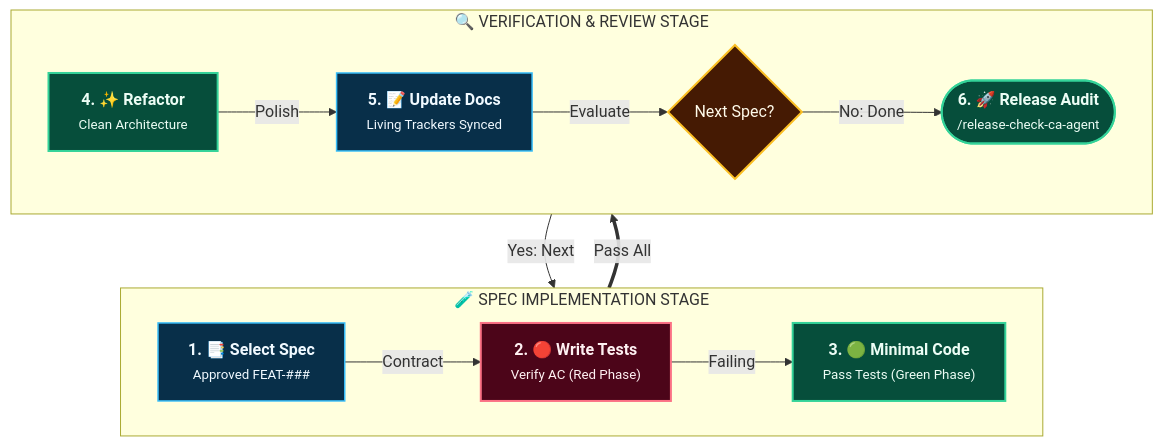
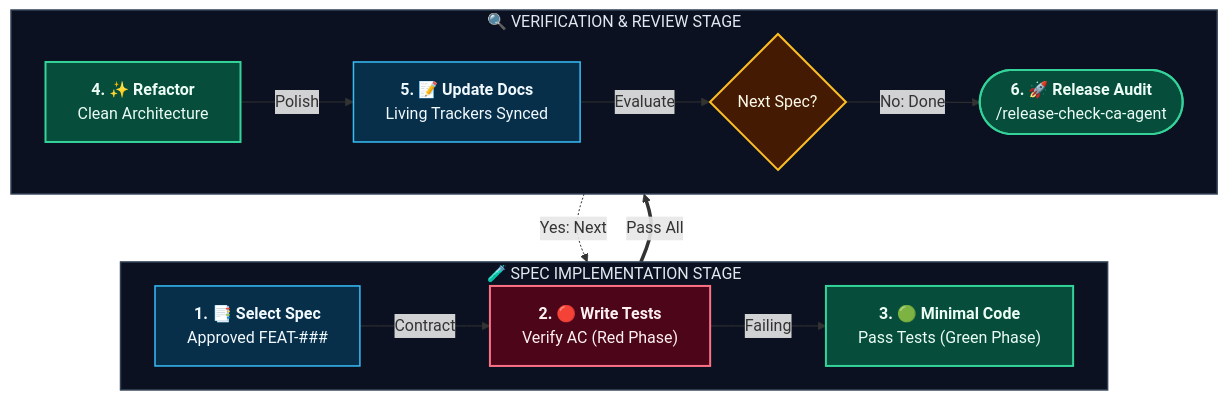
The second of 3 diagrams in SDD-Vibe-Framework/docs/features/README.md (ChandanAY-24/Agentic-Development-ChandanAY), drawn with Mermaid before and after one commit. The commit also changed other lines of this file and 13 other files, not shown here.

Commit message:
docs: polish Mermaid diagrams across READMEs and guides

````diff
--- a/SDD-Vibe-Framework/docs/features/README.md
+++ b/SDD-Vibe-Framework/docs/features/README.md
@@ -60,31 +65,41 @@
 ```mermaid
+%%{init: {'flowchart': {'curve': 'basis', 'padding': 16, 'nodeSpacing': 28, 'rankSpacing': 44}}}%%
 flowchart TB
     classDef step fill:#082f49,stroke:#38bdf8,stroke-width:1.5px,color:#f0f9ff;
     classDef red fill:#4c0519,stroke:#fb7185,stroke-width:2px,color:#fff1f2;
     classDef green fill:#064e3b,stroke:#34d399,stroke-width:2px,color:#ecfdf5;
     classDef gate fill:#451a03,stroke:#fbbf24,stroke-width:2px,color:#fffbeb;
 
     subgraph ForwardTier ["🧪 SPEC IMPLEMENTATION STAGE"]
         direction LR
-        SelectSpec["<b>1. 📑 Select Spec</b><br/><small>Approved FEAT-###</small>"]:::step
-        WriteTests["<b>2. 🔴 Write Tests</b><br/><small>Verify AC (Red Phase)</small>"]:::red
-        ImplementCode["<b>3. 🟢 Minimal Code</b><br/><small>Pass Tests (Green Phase)</small>"]:::green
+        SelectSpec["`**1. 📑 Select Spec**
+Approved FEAT-###`"]:::step
+        WriteTests["`**2. 🔴 Write Tests**
+Verify AC (Red Phase)`"]:::red
+        ImplementCode["`**3. 🟢 Minimal Code**
+Pass Tests (Green Phase)`"]:::green
     end
 
     subgraph ReviewTier ["🔍 VERIFICATION & REVIEW STAGE"]
         direction LR
-        RefactorCode["<b>4. ✨ Refactor</b><br/><small>Clean Architecture</small>"]:::green
-        UpdateDocs["<b>5. 📝 Update Docs</b><br/><small>Living Trackers Synced</small>"]:::step
+        RefactorCode["`**4. ✨ Refactor**
+Clean Architecture`"]:::green
+        UpdateDocs["`**5. 📝 Update Docs**
+Living Trackers Synced`"]:::step
         NextSpec{"Next Spec?"}:::gate
-        ReleaseAudit(["<b>6. 🚀 Release Audit</b><br/><small>/release-check-ca-agent</small>"]):::green
+        ReleaseAudit(["`**6. 🚀 Release Audit**
+/release-check-ca-agent`"]):::green
     end
 
     SelectSpec -->|"Contract"| WriteTests
     WriteTests -->|"Failing"| ImplementCode
     ImplementCode ==>|"Pass All"| RefactorCode
 
     RefactorCode -->|"Polish"| UpdateDocs
     UpdateDocs -->|"Evaluate"| NextSpec
-    NextSpec -->|"Yes: Next"| SelectSpec
+    NextSpec -.->|"Yes: Next"| SelectSpec
     NextSpec -->|"No: Done"| ReleaseAudit
+
+    style ForwardTier fill:#0b1120,stroke:#334155,stroke-width:1.5px,color:#e2e8f0
+    style ReviewTier fill:#0b1120,stroke:#334155,stroke-width:1.5px,color:#e2e8f0
 ```
````
